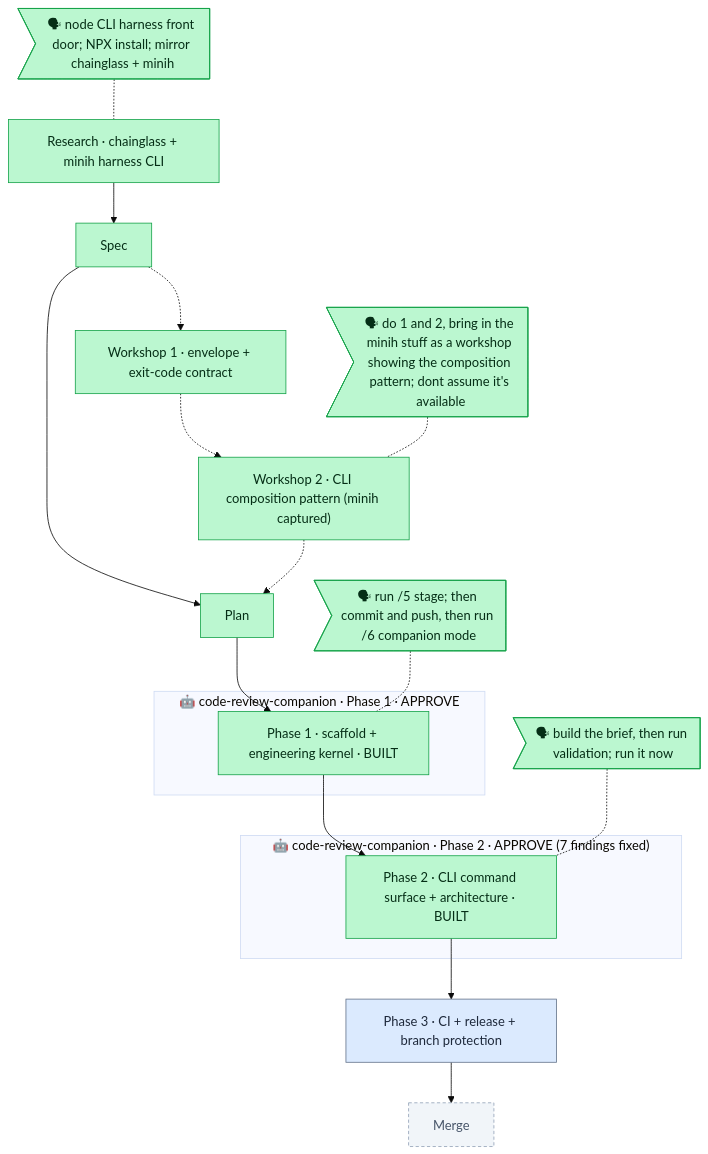
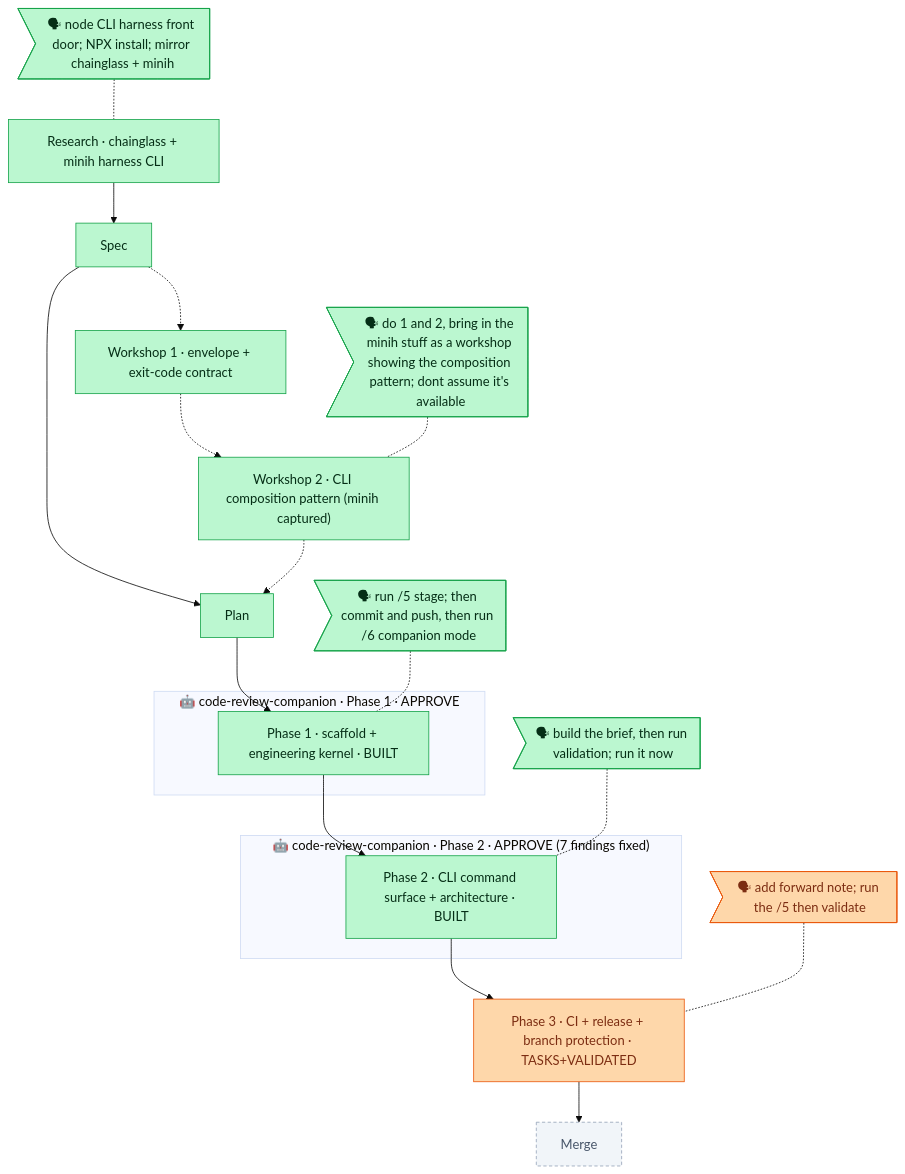
The diagram in docs/plans/004-harness-core/the-flow.md (AI-Substrate/harness-engineering), drawn with Mermaid (base theme) before and after one commit. The commit also changed other lines of this file and 4 other files, not shown here.

First line of the commit message:
docs(harness-core): Phase 3 tasks dossier + flight plan + validate-v2 record

````diff
--- a/docs/plans/004-harness-core/the-flow.md
+++ b/docs/plans/004-harness-core/the-flow.md
@@ -5,35 +5,37 @@
 ```mermaid
 flowchart TD
   classDef done fill:#bbf7d0,stroke:#16a34a,color:#052e16;
   classDef wip fill:#fed7aa,stroke:#ea580c,color:#7c2d12;
   classDef blocked fill:#fecaca,stroke:#dc2626,color:#7f1d1d;
   classDef known fill:#dbeafe,stroke:#64748b,color:#1e293b;
   classDef assumed fill:#f1f5f9,stroke:#94a3b8,color:#475569,stroke-dasharray:4 3;
 
   research["Research · chainglass + minih harness CLI"]:::done
   spec["Spec"]:::done
   plan["Plan"]:::done
   subgraph companion1["🤖 code-review-companion · Phase 1 · APPROVE"]
     p1["Phase 1 · scaffold + engineering kernel · BUILT"]:::done
   end
   subgraph companion2["🤖 code-review-companion · Phase 2 · APPROVE (7 findings fixed)"]
     p2["Phase 2 · CLI command surface + architecture · BUILT"]:::done
   end
-  p3["Phase 3 · CI + release + branch protection"]:::known
+  p3["Phase 3 · CI + release + branch protection · TASKS+VALIDATED"]:::wip
   merge["Merge"]:::assumed
 
   research --> spec --> plan --> p1 --> p2 --> p3 --> merge
 
   ws1["Workshop 1 · envelope + exit-code contract"]:::done
   ws2["Workshop 2 · CLI composition pattern (minih captured)"]:::done
   spec -.-> ws1 -.-> ws2 -.-> plan
 
   said_research>"🗣 node CLI harness front door; NPX install; mirror chainglass + minih"]:::done
   said_research -.- research
   said_ws>"🗣 do 1 and 2, bring in the minih stuff as a workshop showing the composition pattern; dont assume it's available"]:::done
   said_ws -.- ws2
   said_p1>"🗣 run /5 stage; then commit and push, then run /6 companion mode"]:::done
   said_p1 -.- p1
   said_p2>"🗣 build the brief, then run validation; run it now"]:::done
   said_p2 -.- p2
+  said_p3>"🗣 add forward note; run the /5 then validate"]:::wip
+  said_p3 -.- p3
 ```
````
